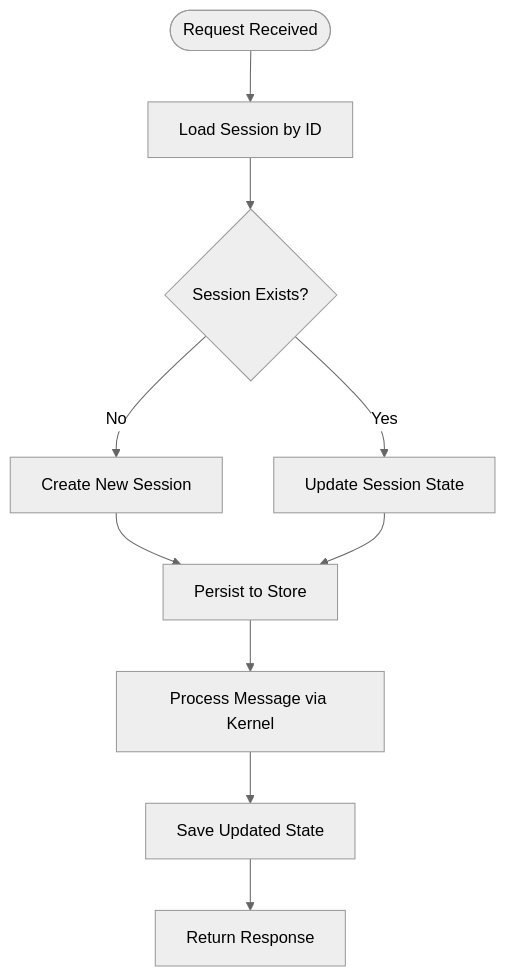
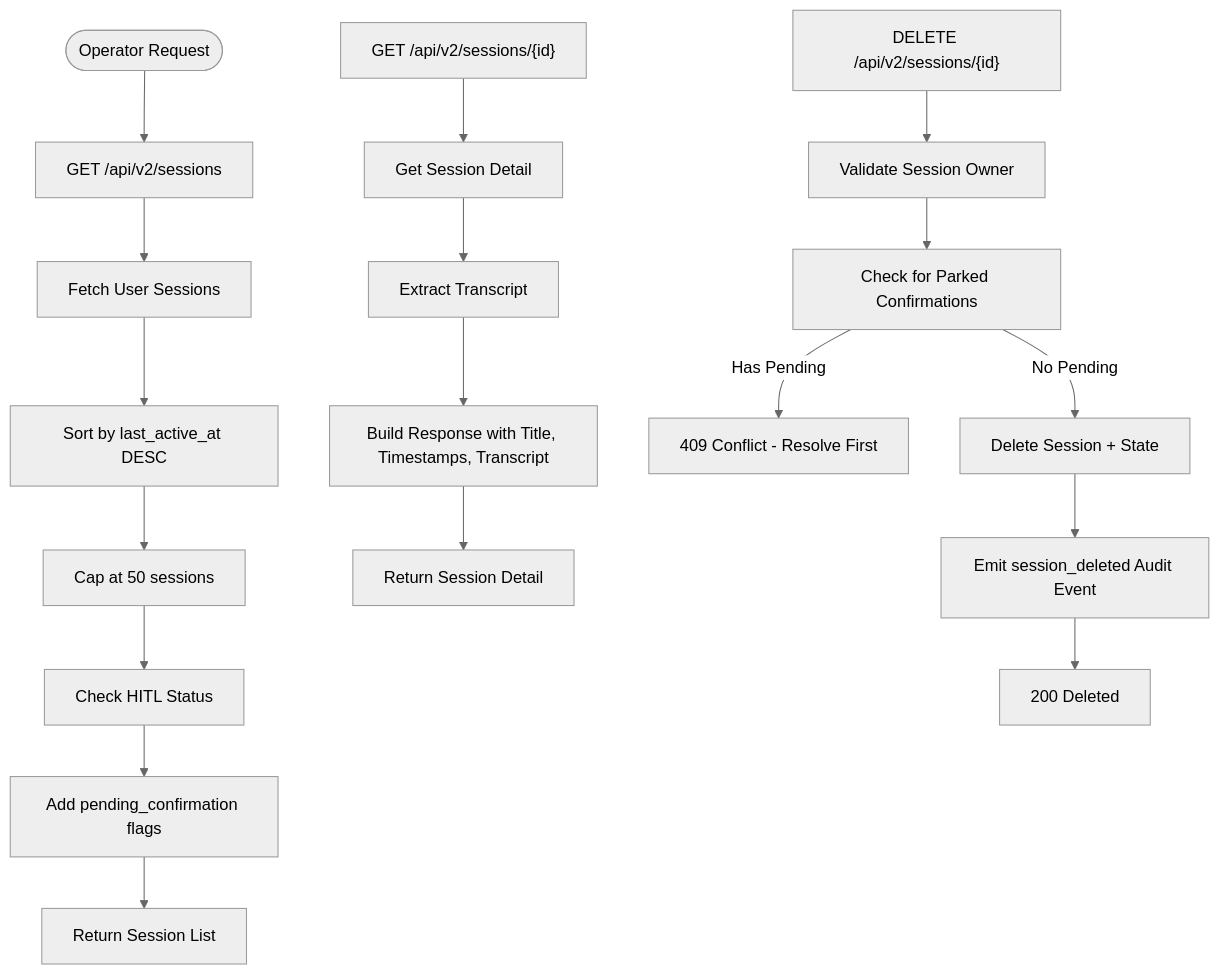
Before and after one commit to metasync/luban-aiops: the fifth of 18 diagrams in .qoder/repowiki/en/content/Agent Platform Service/Agent Platform Service.md, drawn with Mermaid (neutral theme). The commit also changed other lines of this file and 33 other files, not shown here.

````diff
--- a/.qoder/repowiki/en/content/Agent Platform Service/Agent Platform Service.md
+++ b/.qoder/repowiki/en/content/Agent Platform Service/Agent Platform Service.md
@@ -359,12 +407,20 @@
 ```mermaid
 flowchart TD
-Start(["Request Received"]) --> Load["Load Session by ID"]
-Load --> Exists{"Session Exists?"}
-Exists --> |No| Create["Create New Session"]
-Exists --> |Yes| Update["Update Session State"]
-Create --> Persist["Persist to Store"]
-Update --> Persist
-Persist --> Process["Process Message via Kernel"]
-Process --> Save["Save Updated State"]
-Save --> Return["Return Response"]
+Start(["Operator Request"]) --> List["GET /api/v2/sessions"]
+List --> Fetch["Fetch User Sessions"]
+Fetch --> Sort["Sort by last_active_at DESC"]
+Sort --> Cap["Cap at 50 sessions"]
+Cap --> CheckHITL["Check HITL Status"]
+CheckHITL --> AddFlags["Add pending_confirmation flags"]
+AddFlags --> ReturnList["Return Session List"]
+Detail["GET /api/v2/sessions/{id}"] --> GetSession["Get Session Detail"]
+GetSession --> ExtractTranscript["Extract Transcript"]
+ExtractTranscript --> BuildResponse["Build Response with Title, Timestamps, Transcript"]
+BuildResponse --> ReturnDetail["Return Session Detail"]
+Delete["DELETE /api/v2/sessions/{id}"] --> ValidateOwner["Validate Session Owner"]
+ValidateOwner --> CheckParked["Check for Parked Confirmations"]
+CheckParked --> |Has Pending| Reject["409 Conflict - Resolve First"]
+CheckParked --> |No Pending| DeleteSession["Delete Session + State"]
+DeleteSession --> Audit["Emit session_deleted Audit Event"]
+Audit --> Success["200 Deleted"]
 ```
````
